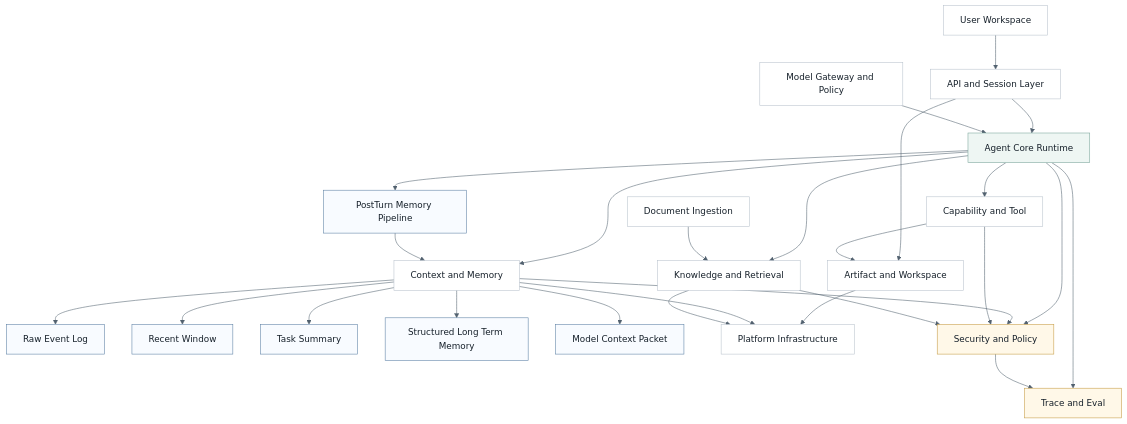
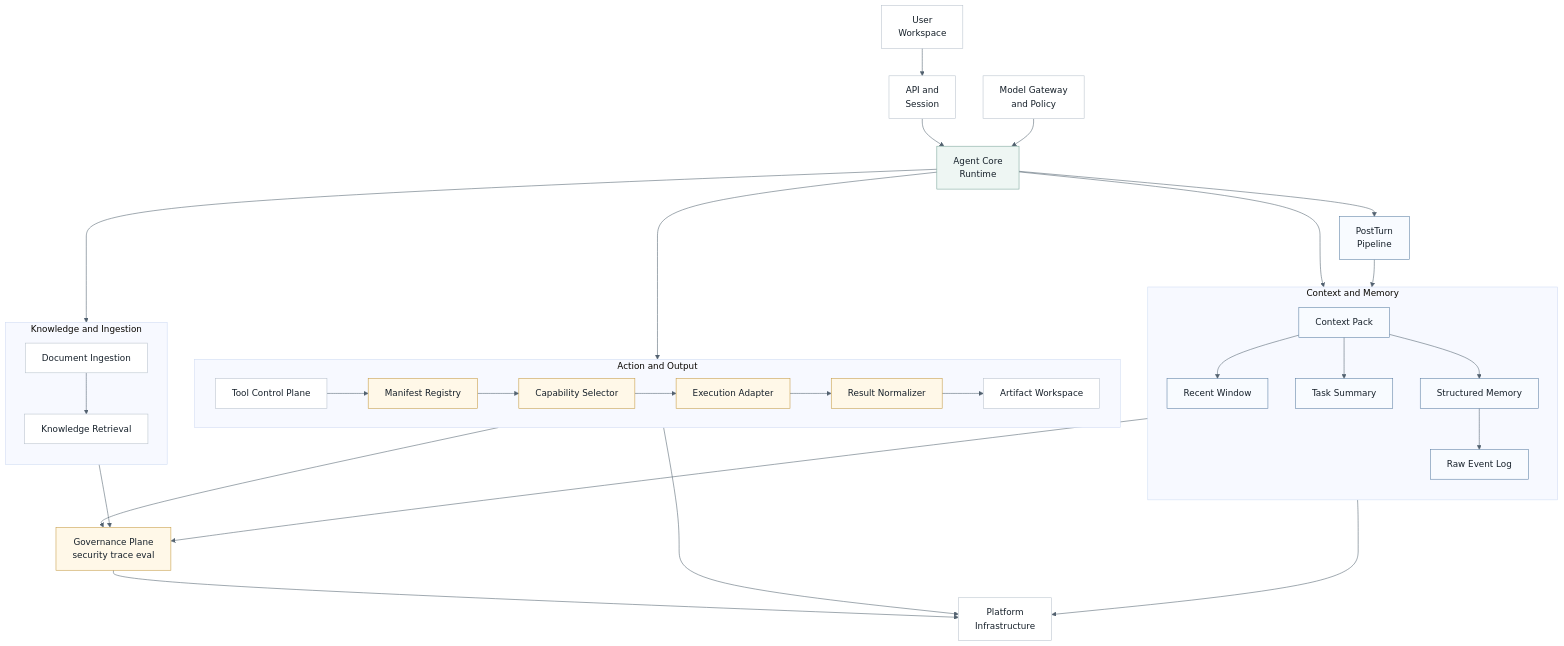
One commit to ProfessorZhi/Zuno changed the first of 10 diagrams in docs/architecture.md. Above: the diagram before and after it, drawn with Mermaid. The commit also changed other lines of this file and 12 other files, not shown here.

Commit message:
docs: improve architecture diagram viewing

````diff
--- a/docs/architecture.md
+++ b/docs/architecture.md
@@ -36,51 +36,61 @@
 ```mermaid
 %%{init: {"theme": "base", "themeVariables": {"background": "#f7f8fb", "lineColor": "#52616f"}}}%%
 flowchart TB
   classDef node fill:#ffffff,stroke:#b8c2cc,stroke-width:1px,color:#16202a;
   classDef accent fill:#eef6f3,stroke:#7aa59a,stroke-width:1px,color:#16202a;
   classDef guard fill:#fff8e8,stroke:#c59b43,stroke-width:1px,color:#16202a;
   classDef mem fill:#f8fbff,stroke:#5b7fa3,stroke-width:1px,color:#16202a;
 
-  USER["User Workspace"]
-  API["API and Session Layer"]
-  MODEL["Model Gateway and Policy"]
-  CORE["Agent Core Runtime"]:::accent
-  MEMORY["Context and Memory"]
-  RAW["Raw Event Log"]:::mem
-  RECENT["Recent Window"]:::mem
-  SUMMARY["Task Summary"]:::mem
-  STRUCT["Structured Long Term Memory"]:::mem
-  PACK["Model Context Packet"]:::mem
-  POST["PostTurn Memory Pipeline"]:::mem
-  TOOL["Capability and Tool"]
-  KNOW["Knowledge and Retrieval"]
-  INGEST["Document Ingestion"]
-  PLATFORM["Platform Infrastructure"]
-  SECURITY["Security and Policy"]:::guard
-  EVAL["Trace and Eval"]:::guard
-  ART["Artifact and Workspace"]
+  USER["User<br/>Workspace"]
+  API["API and<br/>Session"]
+  MODEL["Model Gateway<br/>and Policy"]
+  CORE["Agent Core<br/>Runtime"]:::accent
+  POST["PostTurn<br/>Pipeline"]:::mem
+  GOV["Governance Plane<br/>security trace eval"]:::guard
+  PLATFORM["Platform<br/>Infrastructure"]
+
+  subgraph MEMSYS["Context and Memory"]
+    direction TB
+    PACK["Context Pack"]:::mem
+    RECENT["Recent Window"]:::mem
+    SUMMARY["Task Summary"]:::mem
+    STRUCT["Structured Memory"]:::mem
+    RAW["Raw Event Log"]:::mem
+    PACK --> RECENT
+    PACK --> SUMMARY
+    PACK --> STRUCT
+    STRUCT --> RAW
+  end
+
+  subgraph KNOWSYS["Knowledge and Ingestion"]
+    direction TB
+    INGEST["Document Ingestion"]
+    KNOW["Knowledge Retrieval"]
+    INGEST --> KNOW
+  end
+
+  subgraph ACTSYS["Action and Output"]
+    direction LR
+    TOOL["Tool Control Plane"]
+    REG["Manifest Registry"]:::guard
+    SELECT["Capability Selector"]:::guard
+    EXEC["Execution Adapter"]:::guard
+    NORM["Result Normalizer"]:::guard
+    ART["Artifact Workspace"]
+    TOOL --> REG --> SELECT --> EXEC --> NORM --> ART
+  end
+
   USER --> API --> CORE
   MODEL --> CORE
-  CORE --> MEMORY
-  MEMORY --> RAW
-  MEMORY --> RECENT
-  MEMORY --> SUMMARY
-  MEMORY --> STRUCT
-  MEMORY --> PACK
-  CORE --> POST --> MEMORY
+  CORE --> PACK
   CORE --> TOOL
   CORE --> KNOW
-  INGEST --> KNOW
-  API --> ART
-  TOOL --> ART
-  CORE --> SECURITY
-  MEMORY --> SECURITY
-  TOOL --> SECURITY
-  KNOW --> SECURITY
-  CORE --> EVAL
-  SECURITY --> EVAL
+  CORE --> POST --> RAW
+  PACK --> GOV
+  NORM --> GOV
+  KNOW --> GOV
+  GOV --> PLATFORM
+  RAW --> PLATFORM
   ART --> PLATFORM
-  MEMORY --> PLATFORM
-  KNOW --> PLATFORM
-  class USER,API,MODEL,MEMORY,TOOL,KNOW,INGEST,PLATFORM,ART node;
+  class USER,API,MODEL,PLATFORM node;
 ```
````
